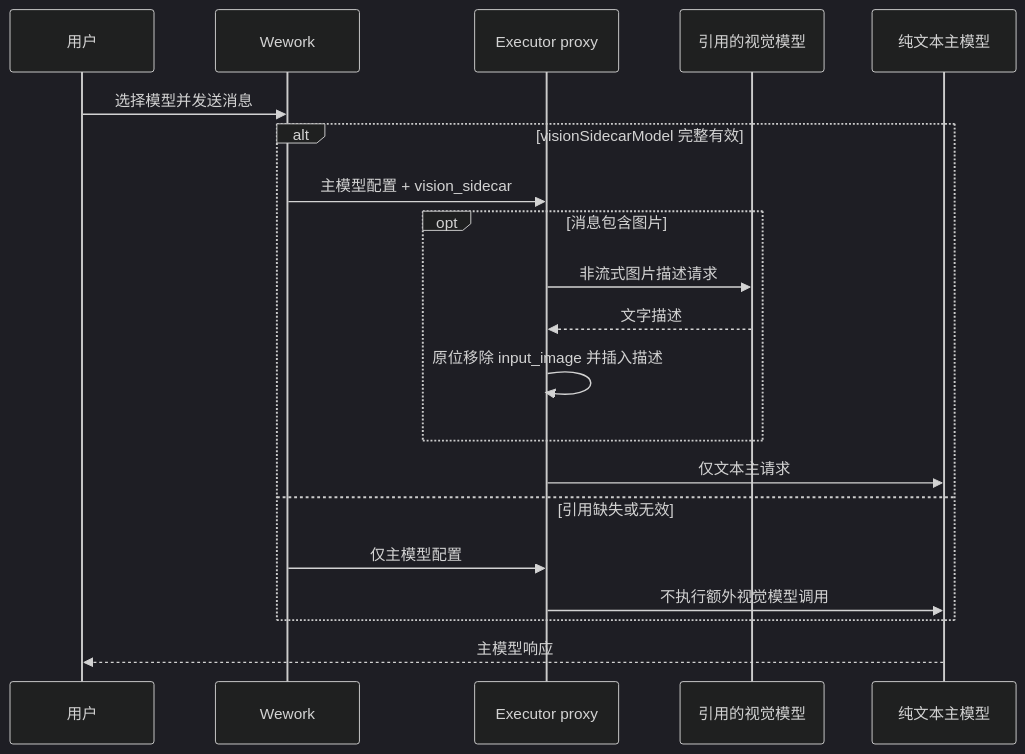
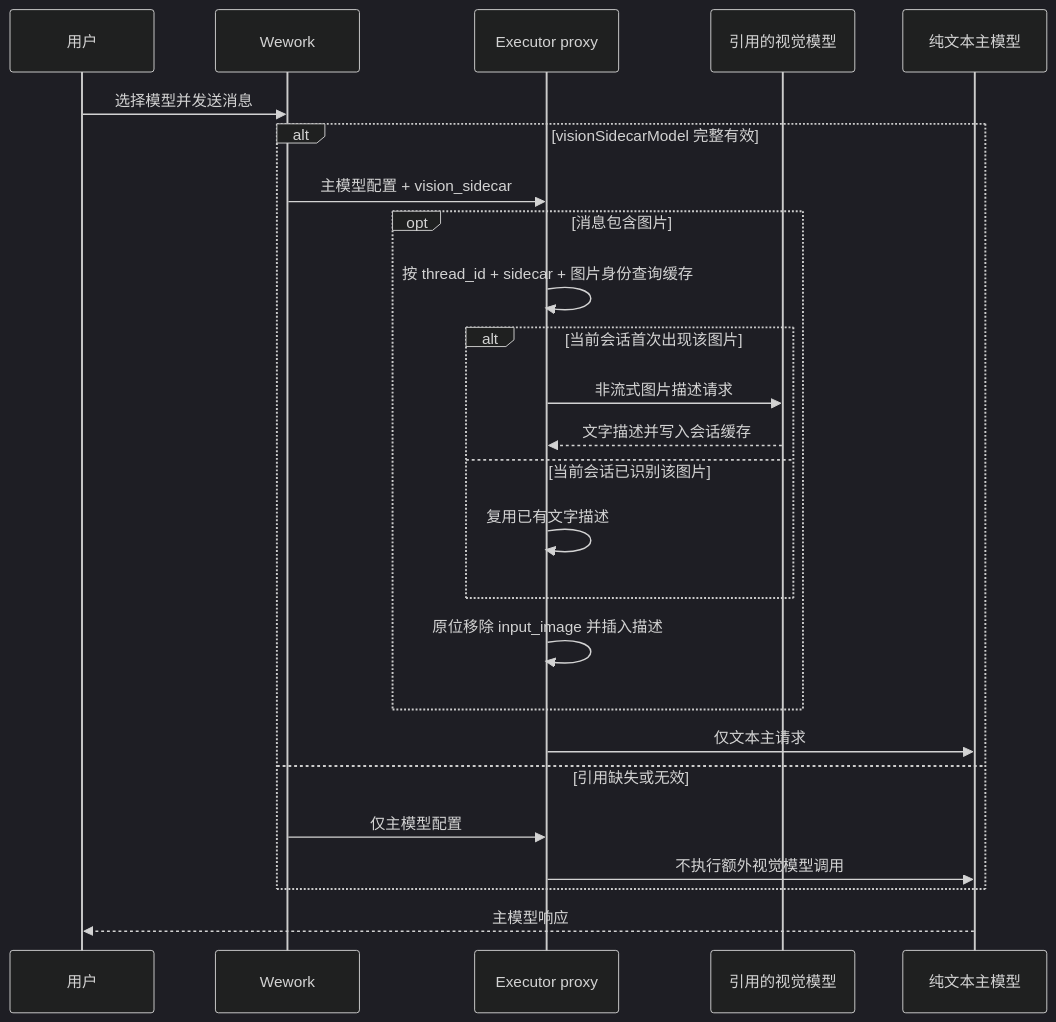
The second of 2 diagrams in i18n/zh/docusaurus-plugin-content-docs/current/architecture/model-vision-delegation.md (wecode-ai/wegent-docs), drawn with Mermaid (dark theme) before and after one commit. The commit also changed other lines of this file and 1 other file, not shown here.

Commit message:
Sync documentation from main Wegent repository

````diff
--- a/i18n/zh/docusaurus-plugin-content-docs/current/architecture/model-vision-delegation.md
+++ b/i18n/zh/docusaurus-plugin-content-docs/current/architecture/model-vision-delegation.md
@@ -25,23 +25,28 @@
 ```mermaid
 sequenceDiagram
     participant U as 用户
     participant W as Wework
     participant E as Executor proxy
     participant V as 引用的视觉模型
     participant P as 纯文本主模型
 
     U->>W: 选择模型并发送消息
     alt visionSidecarModel 完整有效
         W->>E: 主模型配置 + vision_sidecar
         opt 消息包含图片
-            E->>V: 非流式图片描述请求
-            V-->>E: 文字描述
+            E->>E: 按 thread_id + sidecar + 图片身份查询缓存
+            alt 当前会话首次出现该图片
+                E->>V: 非流式图片描述请求
+                V-->>E: 文字描述并写入会话缓存
+            else 当前会话已识别该图片
+                E->>E: 复用已有文字描述
+            end
             E->>E: 原位移除 input_image 并插入描述
         end
         E->>P: 仅文本主请求
     else 引用缺失或无效
         W->>E: 仅主模型配置
         E->>P: 不执行额外视觉模型调用
     end
     P-->>U: 主模型响应
 ```
````
